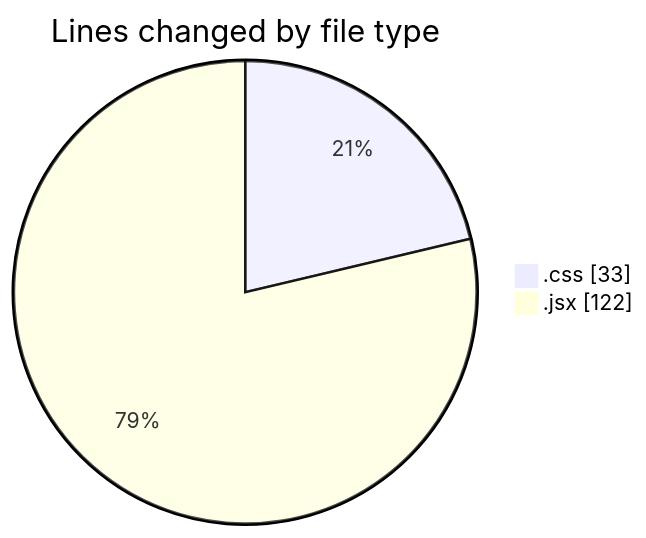
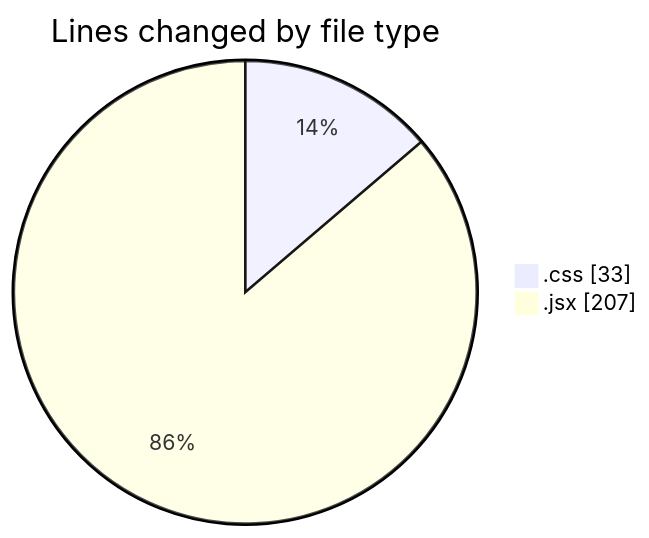
One commit to Elitesun/code-tracking changed the first of 2 diagrams in 2025-02-14/elitegpt/README.md. Above: the diagram before and after it, drawn with Mermaid. The commit also changed other lines of this file and 1 other file, not shown here.

````diff
--- a/2025-02-14/elitegpt/README.md
+++ b/2025-02-14/elitegpt/README.md
@@ -23,6 +24,6 @@
 ```mermaid
 pie showData
 title Lines changed by file type
 ".css" : 33
-".jsx" : 122
+".jsx" : 207
 ```
````
